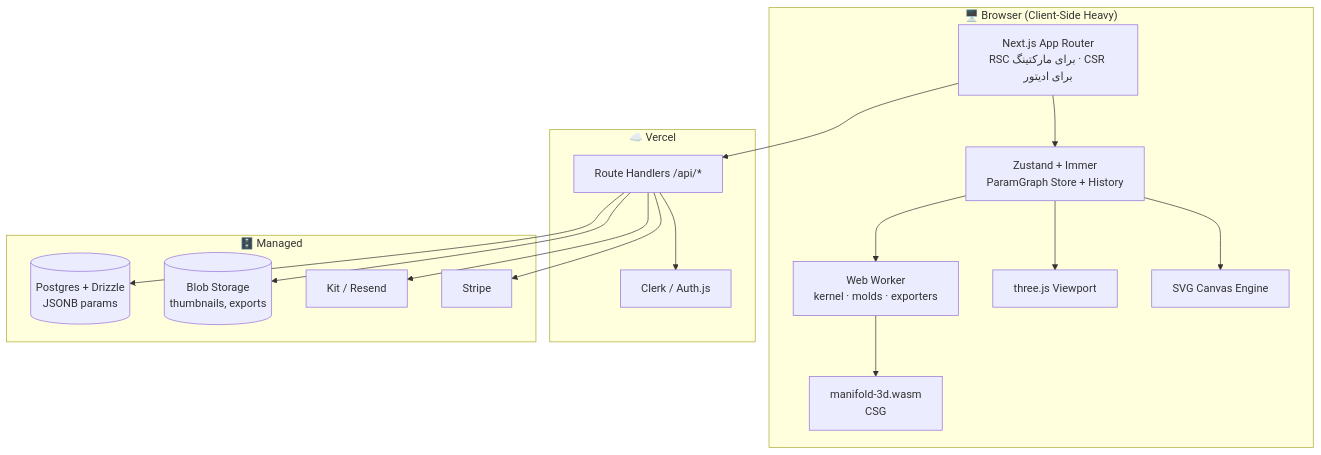
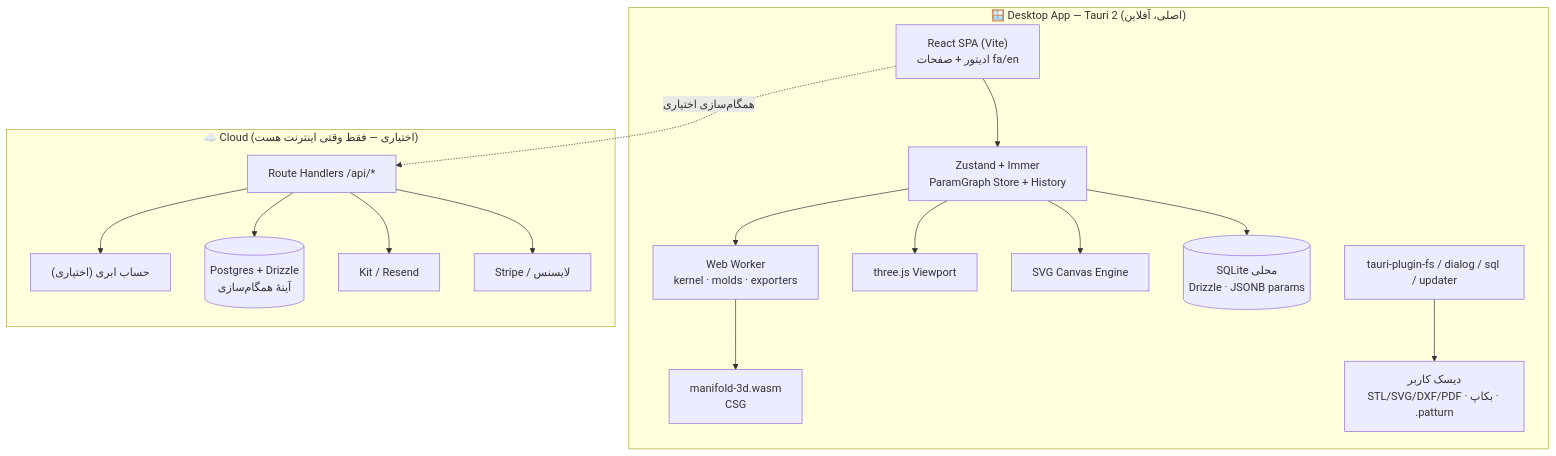
One commit to pranses2011/Sahand_Patturn changed the first of 3 diagrams in patturn-rebuild/03-ARCHITECTURE.md. Above: the diagram before and after it, drawn with Mermaid. The commit also changed other lines of this file and 7 other files, not shown here.

First line of the commit message:
اصلاح اسناد برای نسخهٔ دسکتاپ ویندوز آفلاین + اطلاعات نویسنده

````diff
--- a/patturn-rebuild/03-ARCHITECTURE.md
+++ b/patturn-rebuild/03-ARCHITECTURE.md
@@ -9,30 +9,32 @@
 ```mermaid
 graph TB
-    subgraph Client["🖥️ Browser (Client-Side Heavy)"]
-        UI["Next.js App Router<br/>RSC برای مارکتینگ · CSR برای ادیتور"]
+    subgraph Desktop["🪟 Desktop App — Tauri 2 (اصلی، آفلاین)"]
+        UI["React SPA (Vite)<br/>ادیتور + صفحات fa/en"]
         ST["Zustand + Immer<br/>ParamGraph Store + History"]
         WK["Web Worker<br/>kernel · molds · exporters"]
         WASM["manifold-3d.wasm<br/>CSG"]
         T3["three.js Viewport"]
         SVG["SVG Canvas Engine"]
+        SQL[("SQLite محلی<br/>Drizzle · JSONB params")]
+        FS["دیسک کاربر<br/>STL/SVG/DXF/PDF · بکاپ · .patturn"]
+        TAU["tauri-plugin-fs / dialog / sql / updater"]
     end
-    subgraph Edge["☁️ Vercel"]
+    subgraph Cloud["☁️ Cloud (اختیاری — فقط وقتی اینترنت هست)"]
         API["Route Handlers /api/*"]
-        AUTH["Clerk / Auth.js"]
-    end
-    subgraph Data["🗄️ Managed"]
-        PG[("Postgres + Drizzle<br/>JSONB params")]
-        BLOB[("Blob Storage<br/>thumbnails, exports")]
+        AUTH["حساب ابری (اختیاری)"]
+        PG[("Postgres + Drizzle<br/>آینهٔ همگام‌سازی")]
         MAIL["Kit / Resend"]
-        STRIPE["Stripe"]
+        STRIPE["Stripe / لایسنس"]
     end
     UI --> ST --> WK
     WK --> WASM
     ST --> T3
     ST --> SVG
-    UI --> API --> PG
+    ST --> SQL
+    TAU --> FS
+    UI -.همگام‌سازی اختیاری.-> API
+    API --> PG
     API --> AUTH
     API --> STRIPE
     API --> MAIL
-    API --> BLOB
 ```
````
